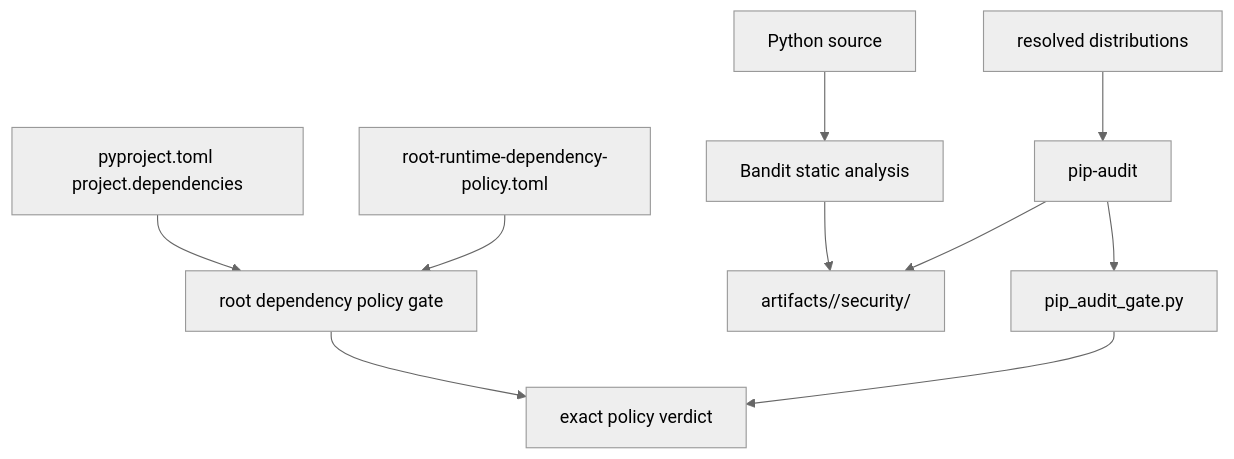
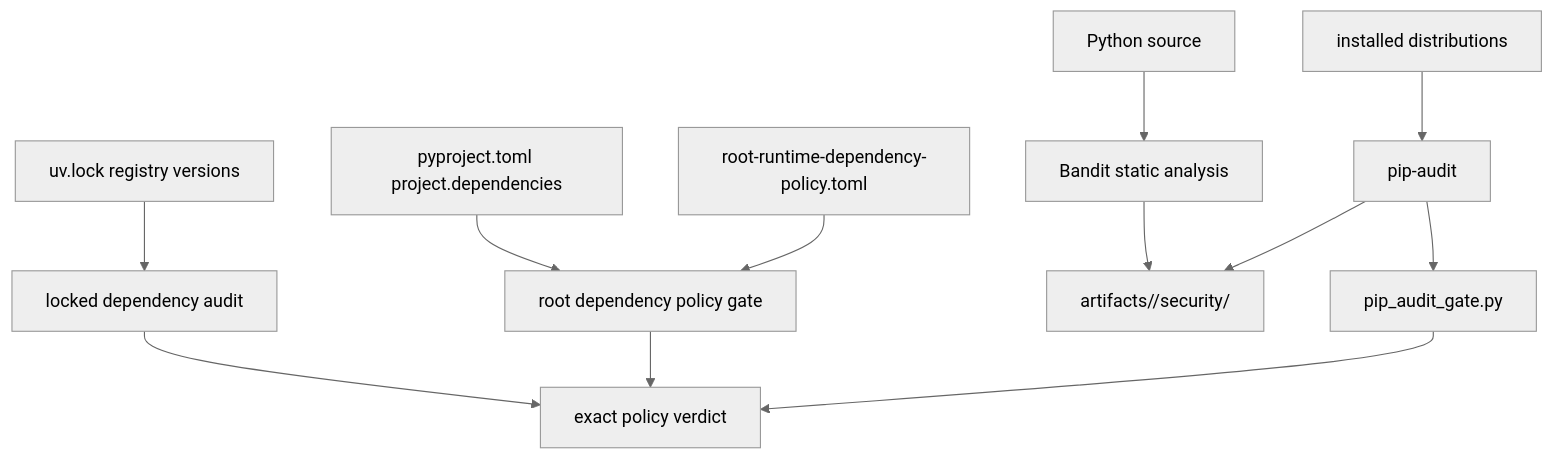
Before and after one commit to bijux/bijux-proteomics: the diagram in docs/08-bijux-proteomics-maintain/bijux-proteomics-dev/security-gates.md, drawn with Mermaid (neutral theme). The commit also changed other lines of this file and 4 other files, not shown here.

Commit message:
feat(security): audit every frozen optional and platform dependency

````diff
--- a/docs/08-bijux-proteomics-maintain/bijux-proteomics-dev/security-gates.md
+++ b/docs/08-bijux-proteomics-maintain/bijux-proteomics-dev/security-gates.md
@@ -16,12 +16,14 @@
 ```mermaid
 flowchart TD
     source["Python source"] --> bandit["Bandit static analysis"]
-    environment["resolved distributions"] --> audit["pip-audit"]
+    environment["installed distributions"] --> audit["pip-audit"]
+    lock["uv.lock registry versions"] --> frozen["locked dependency audit"]
+    frozen --> verdict["exact policy verdict"]
     pyproject["pyproject.toml project.dependencies"] --> dependency["root dependency policy gate"]
     policy["root-runtime-dependency-policy.toml"] --> dependency
     bandit --> reports["artifacts/<package>/security/"]
     audit --> reports
     audit --> interpreter["pip_audit_gate.py"]
     dependency --> verdict["exact policy verdict"]
     interpreter --> verdict
 ```
````
